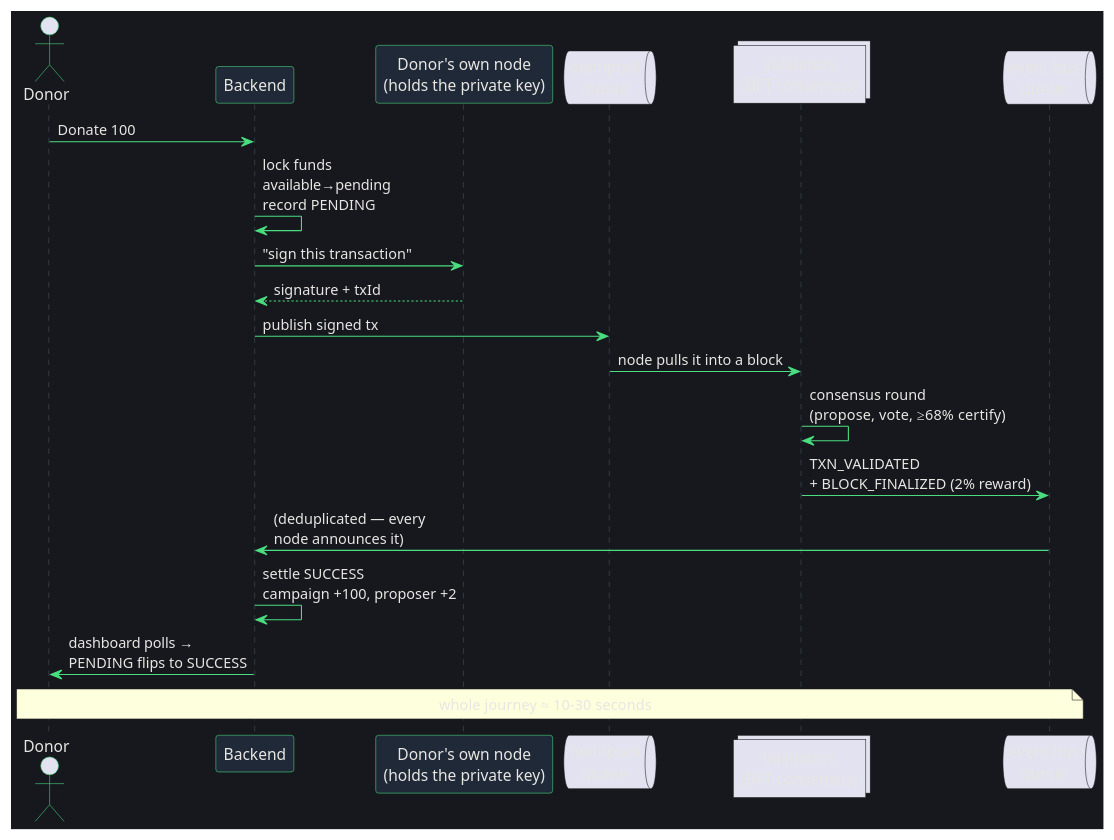
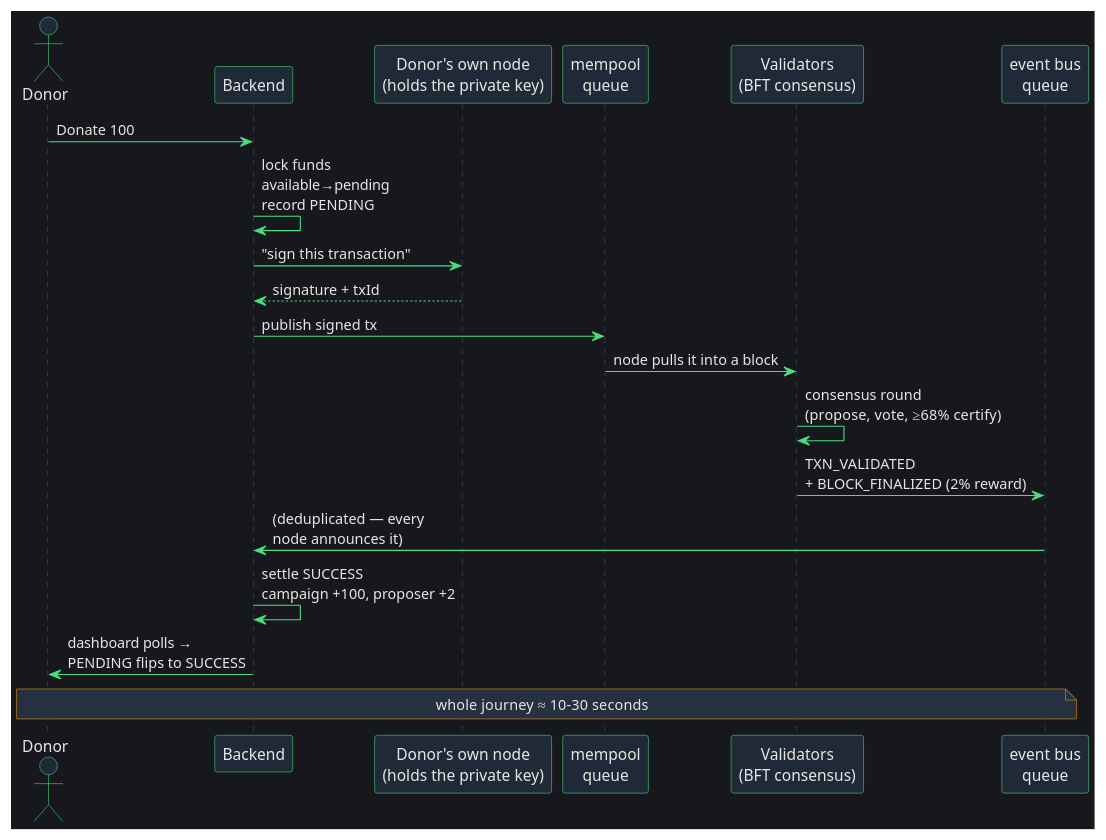
One commit to Marcher-D/charity-ledger-monorepo changed the third of 4 diagrams in docs/backend-diagrams.md. Above: the diagram before and after it, drawn with PlantUML. The commit also changed other lines of this file and 4 other files, not shown here.

First line of the commit message:
docs: readable dark-theme diagrams + pre-rendered PNGs for slides

````diff
--- a/docs/backend-diagrams.md
+++ b/docs/backend-diagrams.md
@@ -84,34 +95,38 @@
 ```plantuml
 @startuml
 skinparam backgroundColor #16181d
 skinparam defaultFontColor #e8e6e3
 skinparam ArrowColor #4ade80
+skinparam NoteBackgroundColor #253041
+skinparam NoteBorderColor #f59e0b
+skinparam NoteFontColor #e8e6e3
+skinparam actorBackgroundColor #1f2937
 skinparam sequence {
   ParticipantBackgroundColor #1f2937
   ParticipantBorderColor #4ade80
   ParticipantFontColor #e8e6e3
   LifeLineBorderColor #4b5563
   ActorBorderColor #4ade80
 }
 
 actor Donor
 participant "Backend" as BE
 participant "Donor's own node\n(holds the private key)" as NODE
-queue "mempool\nqueue" as Q1
-collections "Validators\n(BFT consensus)" as VAL
-queue "event bus\nqueue" as Q2
+participant "mempool\nqueue" as Q1
+participant "Validators\n(BFT consensus)" as VAL
+participant "event bus\nqueue" as Q2
 
 Donor -> BE : Donate 100
 BE -> BE : lock funds\navailable→pending\nrecord PENDING
 BE -> NODE : "sign this transaction"
 NODE --> BE : signature + txId
 BE -> Q1 : publish signed tx
 Q1 -> VAL : node pulls it into a block
 VAL -> VAL : consensus round\n(propose, vote, ≥68% certify)
 VAL -> Q2 : TXN_VALIDATED\n+ BLOCK_FINALIZED (2% reward)
 Q2 -> BE : (deduplicated — every\nnode announces it)
 BE -> BE : settle SUCCESS\ncampaign +100, proposer +2
 Donor <- BE : dashboard polls →\nPENDING flips to SUCCESS
 note over Donor, Q2 : whole journey ≈ 10–30 seconds
 @enduml
 ```
````
